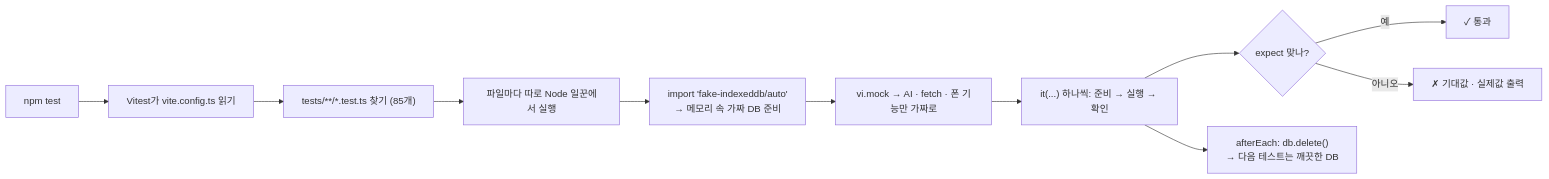
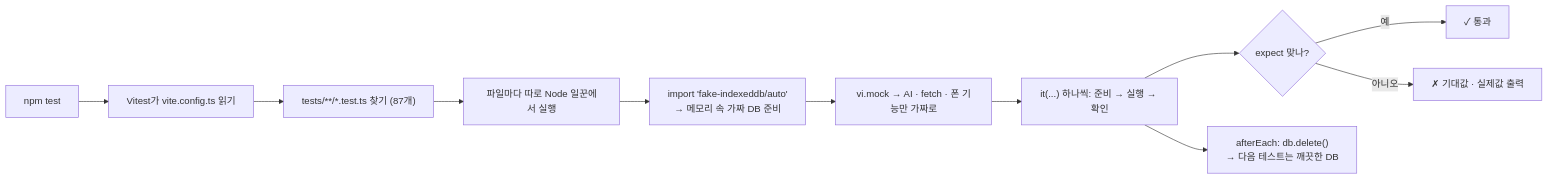
The diagram in docs/테스트/테스트-코드-정리.md (kcr522/tidy), drawn with Mermaid before and after one commit. The commit also changed other lines of this file and 1 other file, not shown here.

````diff
--- a/docs/테스트/테스트-코드-정리.md
+++ b/docs/테스트/테스트-코드-정리.md
@@ -134,13 +134,13 @@
 ```mermaid
 flowchart LR
   A[npm test] --> B[Vitest가 vite.config.ts 읽기]
-  B --> C["tests/**/*.test.ts 찾기 (85개)"]
+  B --> C["tests/**/*.test.ts 찾기 (87개)"]
   C --> D[파일마다 따로 Node 일꾼에서 실행]
   D --> E["import 'fake-indexeddb/auto'<br/>→ 메모리 속 가짜 DB 준비"]
   E --> F[vi.mock → AI · fetch · 폰 기능만 가짜로]
   F --> G["it(...) 하나씩: 준비 → 실행 → 확인"]
   G --> H{expect 맞나?}
   H -- 예 --> I[✓ 통과]
   H -- 아니오 --> J[✗ 기대값 · 실제값 출력]
   G --> K["afterEach: db.delete()<br/>→ 다음 테스트는 깨끗한 DB"]
 ```
````
